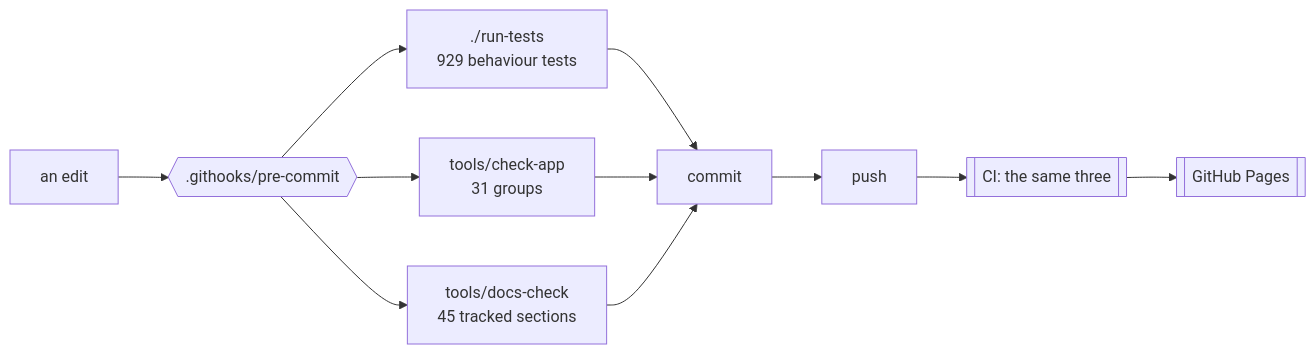
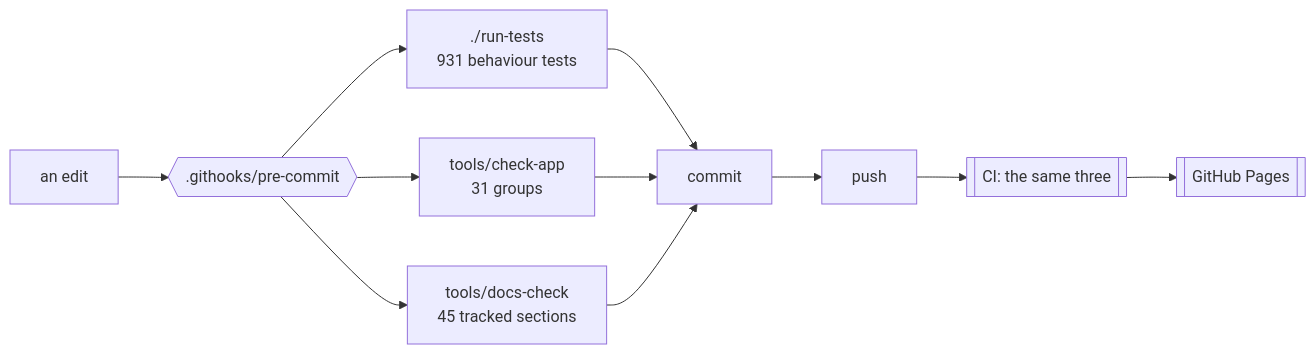
Before and after one commit to minormending/crystal-pilot-mobile: the first of 3 diagrams in docs/DEVELOPING.md, drawn with Mermaid. The commit also changed other lines of this file and 3 other files, not shown here.

````diff
--- a/docs/DEVELOPING.md
+++ b/docs/DEVELOPING.md
@@ -15,12 +15,12 @@
 ```mermaid
 flowchart LR
     E[an edit] --> H{{".githooks/pre-commit"}}
-    H --> T["./run-tests<br/>929 behaviour tests"]
+    H --> T["./run-tests<br/>931 behaviour tests"]
     H --> C["tools/check-app<br/>31 groups"]
     H --> D["tools/docs-check<br/>45 tracked sections"]
     T --> OK[commit]
     C --> OK
     D --> OK
     OK --> P[push] --> CI[["CI: the same three"]]
     CI --> PG[[GitHub Pages]]
 ```
````
